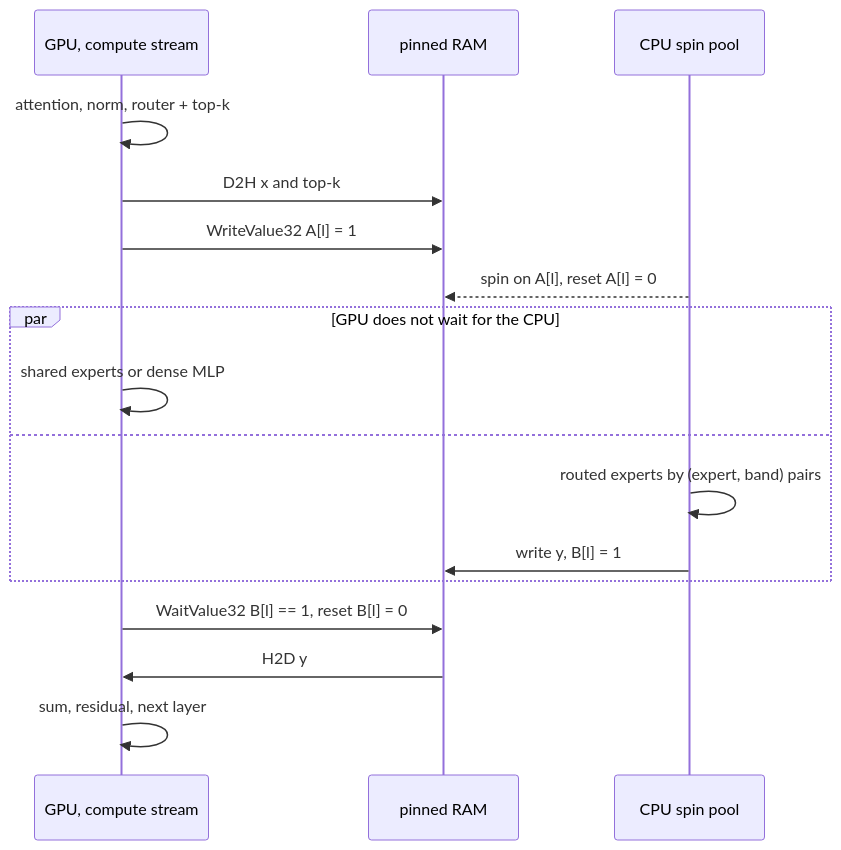
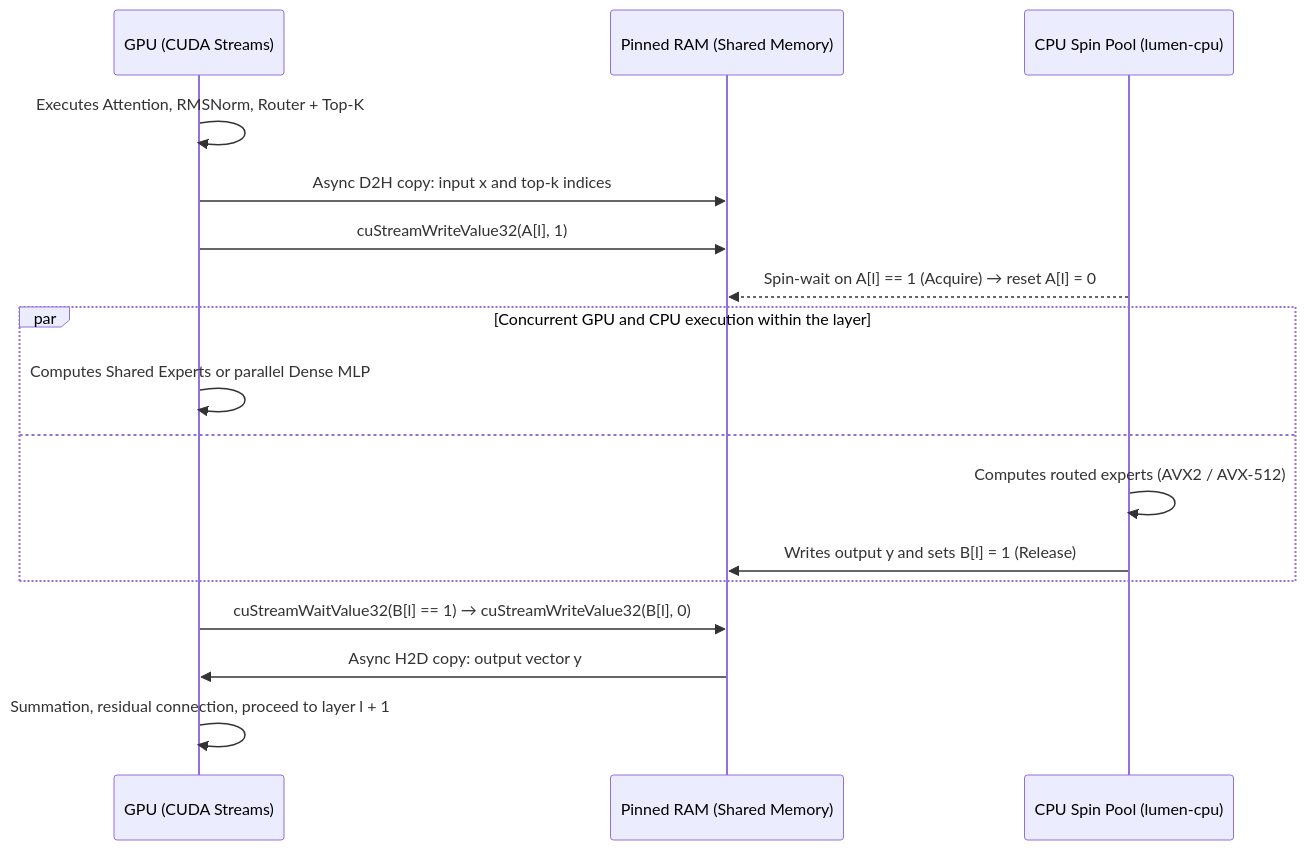
One commit to lumen-inference/lumen-rs changed the second of 2 diagrams in docs/EN/architecture.md. Above: the diagram before and after it, drawn with Mermaid. The commit also changed other lines of this file and 25 other files, not shown here.

````diff
--- a/docs/EN/architecture.md
+++ b/docs/EN/architecture.md
@@ -311,19 +198,20 @@
 ```mermaid
 sequenceDiagram
-    participant G as GPU, compute stream
-    participant P as pinned RAM
-    participant C as CPU spin pool
-    G->>G: attention, norm, router + top-k
-    G->>P: D2H x and top-k
-    G->>P: WriteValue32 A[l] = 1
-    C-->>P: spin on A[l], reset A[l] = 0
-    par GPU does not wait for the CPU
-        G->>G: shared experts or dense MLP
+    participant GPU as GPU (CUDA Streams)
+    participant RAM as Pinned RAM (Shared Memory)
+    participant CPU as CPU Spin Pool (lumen-cpu)
+
+    GPU->>GPU: Executes Attention, RMSNorm, Router + Top-K
+    GPU->>RAM: Async D2H copy: input x and top-k indices
+    GPU->>RAM: cuStreamWriteValue32(A[l], 1)
+    CPU-->>RAM: Spin-wait on A[l] == 1 (Acquire) → reset A[l] = 0
+    par Concurrent GPU and CPU execution within the layer
+        GPU->>GPU: Computes Shared Experts or parallel Dense MLP
     and
-        C->>C: routed experts by (expert, band) pairs
-        C->>P: write y, B[l] = 1
+        CPU->>CPU: Computes routed experts (AVX2 / AVX-512)
+        CPU->>RAM: Writes output y and sets B[l] = 1 (Release)
     end
-    G->>P: WaitValue32 B[l] == 1, reset B[l] = 0
-    P->>G: H2D y
-    G->>G: sum, residual, next layer
+    GPU->>RAM: cuStreamWaitValue32(B[l] == 1) → cuStreamWriteValue32(B[l], 0)
+    RAM->>GPU: Async H2D copy: output vector y
+    GPU->>GPU: Summation, residual connection, proceed to layer l + 1
 ```
````
